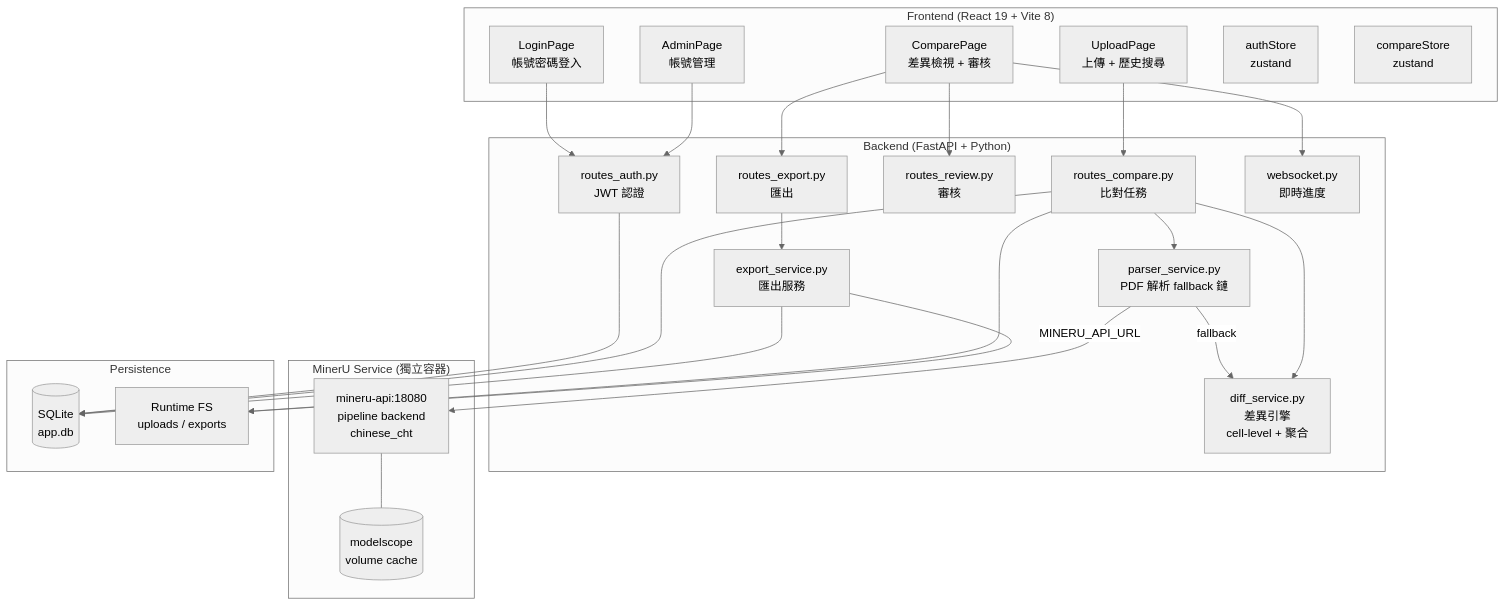
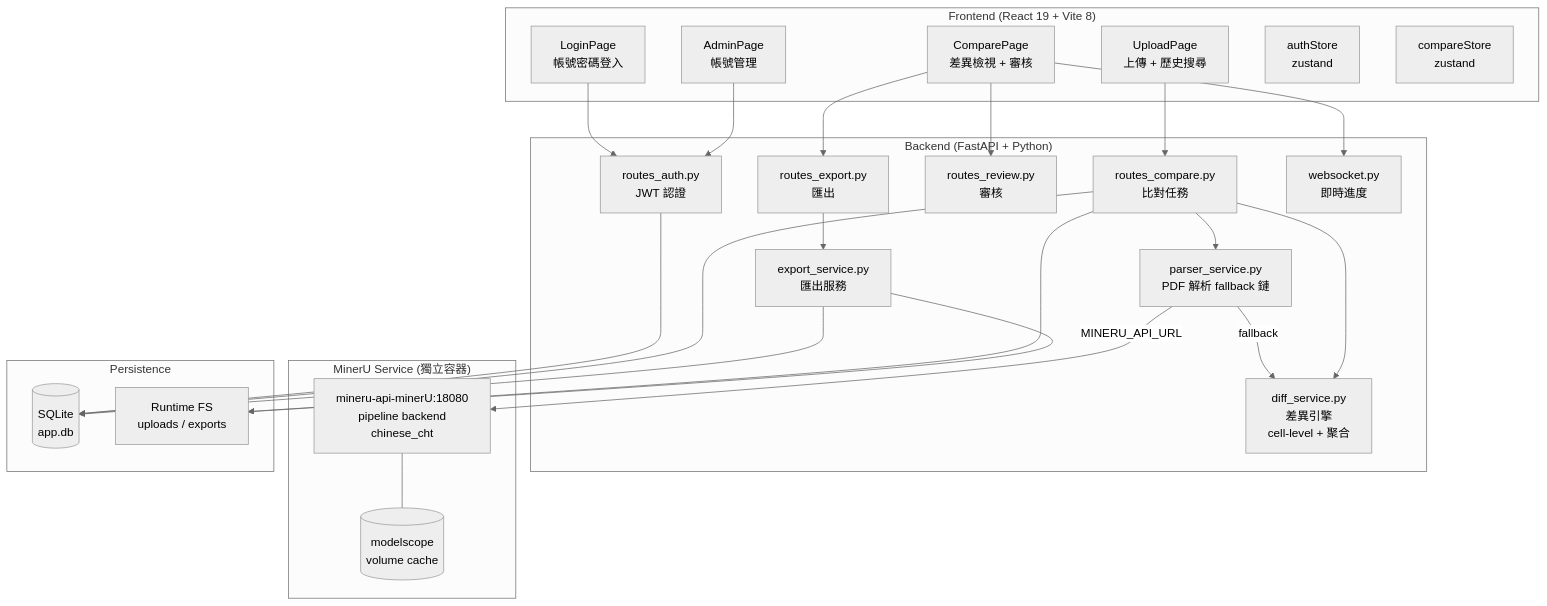
Before and after one commit to a9181873/PDF_check_minerU: the first of 4 diagrams in docs/technical-architecture.md, drawn with Mermaid (neutral theme). The commit also changed other lines of this file and 32 other files, not shown here.

````diff
--- a/docs/technical-architecture.md
+++ b/docs/technical-architecture.md
@@ -9,50 +9,50 @@
 ```mermaid
 graph TB
     subgraph "Frontend (React 19 + Vite 8)"
         LP[LoginPage<br/>帳號密碼登入]
         UP[UploadPage<br/>上傳 + 歷史搜尋]
         CP[ComparePage<br/>差異檢視 + 審核]
         AP[AdminPage<br/>帳號管理]
         AS[authStore<br/>zustand]
         CS[compareStore<br/>zustand]
     end
 
     subgraph "Backend (FastAPI + Python)"
         AUTH[routes_auth.py<br/>JWT 認證]
         COMP[routes_compare.py<br/>比對任務]
         REV[routes_review.py<br/>審核]
         EXP[routes_export.py<br/>匯出]
         WS[websocket.py<br/>即時進度]
         DIFF[diff_service.py<br/>差異引擎<br/>cell-level + 聚合]
         PARSE[parser_service.py<br/>PDF 解析 fallback 鏈]
         EXPSERV[export_service.py<br/>匯出服務]
     end
 
     subgraph "MinerU Service (獨立容器)"
-        MINERU[mineru-api:18080<br/>pipeline backend<br/>chinese_cht]
+        MINERU[mineru-api-minerU:18080<br/>pipeline backend<br/>chinese_cht]
         MCACHE[(modelscope<br/>volume cache)]
     end
 
     subgraph "Persistence"
         DB[(SQLite<br/>app.db)]
         FS[Runtime FS<br/>uploads / exports]
     end
 
     LP --> AUTH
     UP --> COMP
     CP --> REV
     CP --> EXP
     CP --> WS
     AP --> AUTH
     AUTH --> DB
     COMP --> PARSE
     PARSE -->|MINERU_API_URL| MINERU
     MINERU --- MCACHE
     PARSE -->|fallback| DIFF
     COMP --> DIFF
     COMP --> DB
     COMP --> FS
     EXP --> EXPSERV
     EXPSERV --> DB
     EXPSERV --> FS
 ```
````
